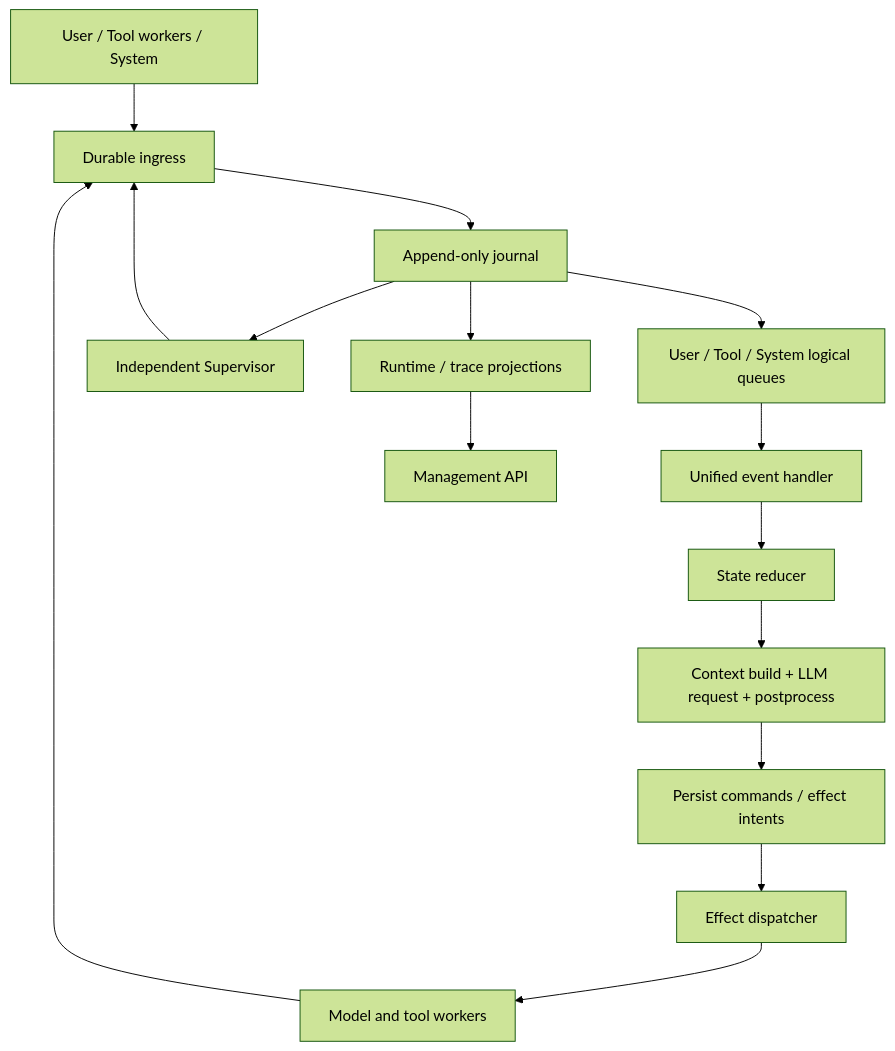
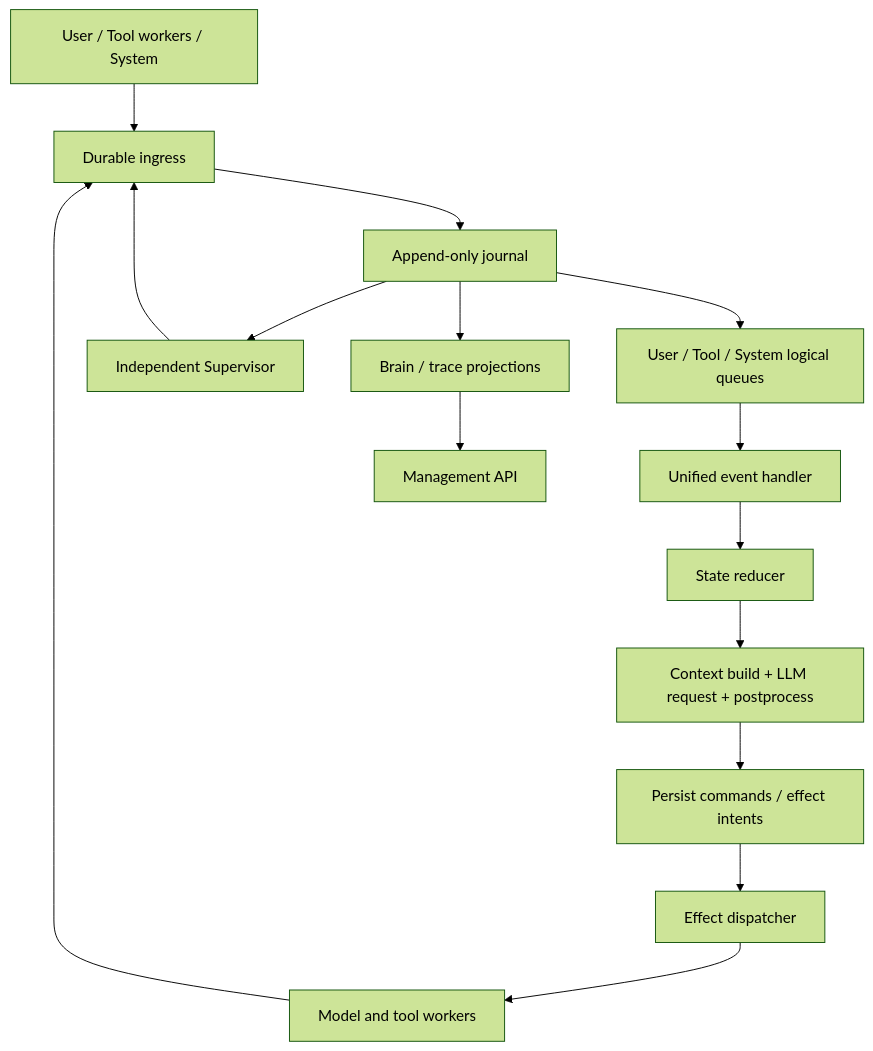
Before and after one commit to HymioSpace/Oath: the diagram in spec/overview.md, drawn with Mermaid (forest theme). The commit also changed 7 other files, not shown here.

First line of the commit message:
refactor(event-runtime)!: 拆出 QueueRunner，Runtime 改名 Brain

````diff
--- a/spec/overview.md
+++ b/spec/overview.md
@@ -44,17 +44,17 @@
 ```mermaid
 flowchart TD
     Sources[User / Tool workers / System] --> Inbox[Durable ingress]
     Inbox --> Log[Append-only journal]
     Log --> Queues[User / Tool / System logical queues]
     Queues --> Handler[Unified event handler]
     Handler --> State[State reducer]
     State --> Step[Context build + LLM request + postprocess]
     Step --> Intent[Persist commands / effect intents]
     Intent --> Dispatch[Effect dispatcher]
     Dispatch --> Workers[Model and tool workers]
     Workers --> Inbox
     Log --> Supervisor[Independent Supervisor]
     Supervisor --> Inbox
-    Log --> Views[Runtime / trace projections]
+    Log --> Views[Brain / trace projections]
     Views --> Biz[Management API]
 ```
````
